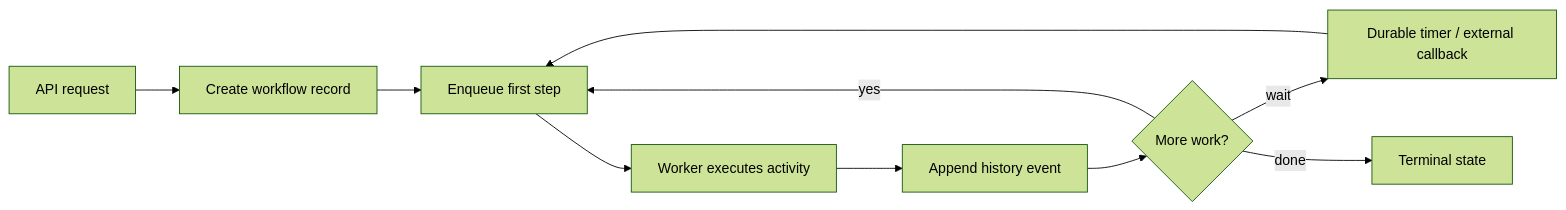
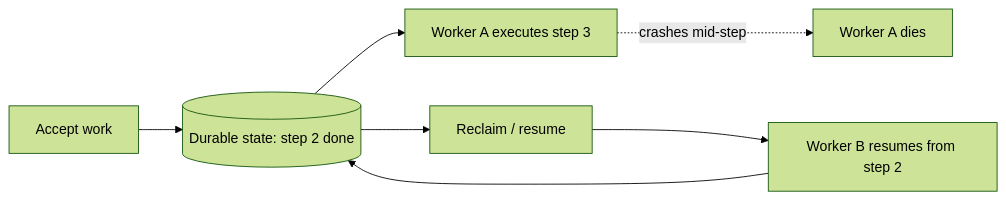
The diagram in 18-workflow-job-systems/01-workflow-system-fundamentals.md (binarydevelop/system-design-patterns), drawn with Mermaid (forest theme) before and after one commit. The commit also changed other lines of this file and 8 other files, not shown here.

First line of the commit message:
Rewrite workflow & job systems section in prose-first foundation style

````diff
--- a/18-workflow-job-systems/01-workflow-system-fundamentals.md
+++ b/18-workflow-job-systems/01-workflow-system-fundamentals.md
@@ -17,12 +17,9 @@
 ```mermaid
 flowchart LR
-    API["API request"] --> DB["Create workflow record"]
-    DB --> Q["Enqueue first step"]
-    Q --> W["Worker executes activity"]
-    W --> H["Append history event"]
-    H --> D{"More work?"}
-    D -->|yes| Q
-    D -->|wait| T["Durable timer / external callback"]
-    D -->|done| S["Terminal state"]
-    T --> Q
+    A["Accept work"] --> S[("Durable state: step 2 done")]
+    S --> W1["Worker A executes step 3"]
+    W1 -. crashes mid-step .-> X["Worker A dies"]
+    S --> R["Reclaim / resume"]
+    R --> W2["Worker B resumes from step 2"]
+    W2 --> S
 ```
````
